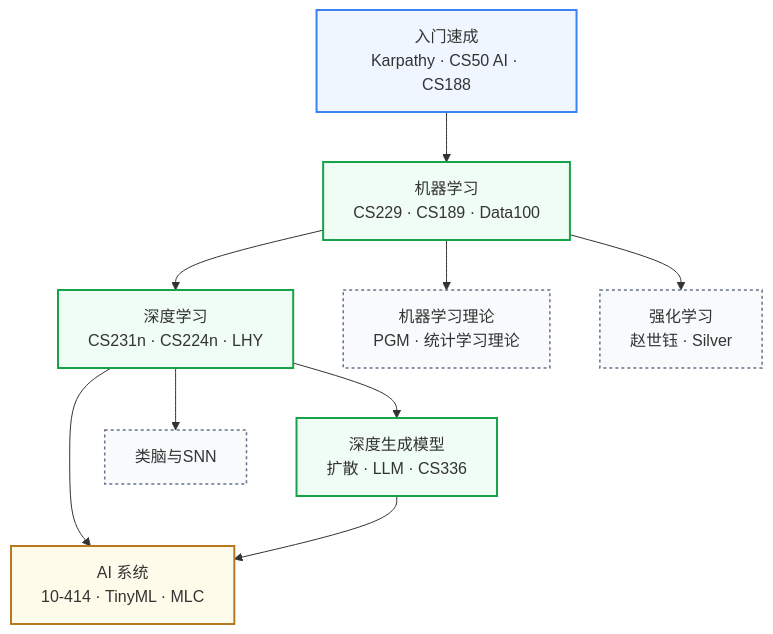
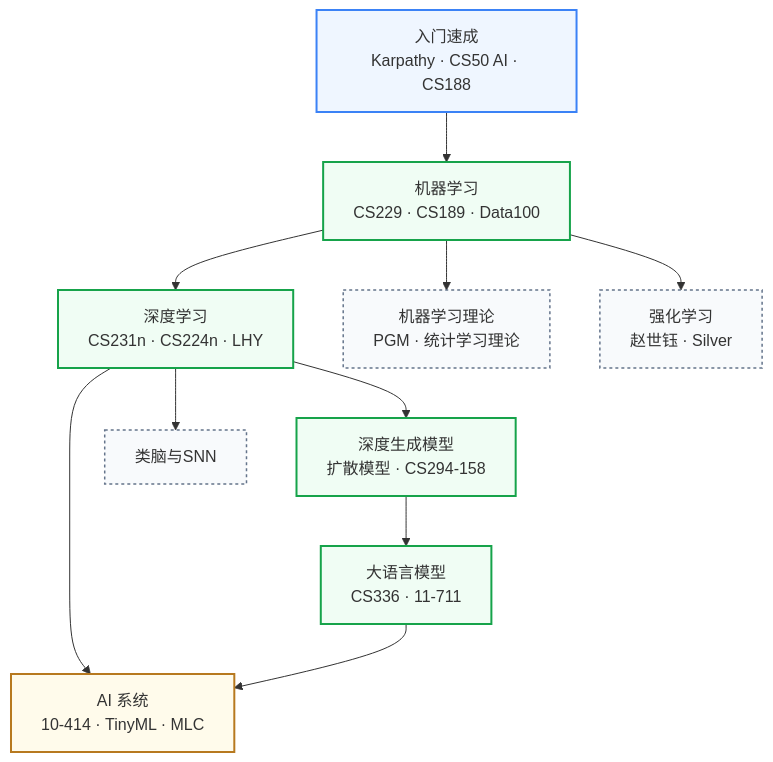
One commit to Crys-Chen/ic-guide changed the diagram in docs/学习地图/人工智能/index.md. Above: the diagram before and after it, drawn with Mermaid. The commit also changed other lines of this file and 15706 other files, not shown here.

First line of the commit message:
重构学习地图目录结构

````diff
--- a/docs/学习地图/人工智能/index.md
+++ b/docs/学习地图/人工智能/index.md
@@ -9,20 +9,21 @@
 ```mermaid
 graph TB
     A["入门速成<br/>Karpathy · CS50 AI · CS188"] --> B["机器学习<br/>CS229 · CS189 · Data100"]
     B --> C["深度学习<br/>CS231n · CS224n · LHY"]
-    C --> D["深度生成模型<br/>扩散 · LLM · CS336"]
+    C --> D["深度生成模型<br/>扩散模型 · CS294-158"]
+    D --> L["大语言模型<br/>CS336 · 11-711"]
     B --> E["机器学习理论<br/>PGM · 统计学习理论"]
     B --> G["强化学习<br/>赵世钰 · Silver"]
     C --> H["类脑与SNN"]
     C --> F["AI 系统<br/>10-414 · TinyML · MLC"]
-    D --> F
+    L --> F
 
     classDef intro fill:#EFF6FF,stroke:#3B82F6,stroke-width:2px
     classDef algo fill:#F0FDF4,stroke:#16A34A,stroke-width:2px
     classDef sys fill:#FFFBEB,stroke:#B7791F,stroke-width:2px
     classDef theory fill:#F8FAFC,stroke:#64748B,stroke-width:1.5px,stroke-dasharray:3 3
     class A intro
-    class B,C,D algo
+    class B,C,D,L algo
     class F sys
     class E,G,H theory
 ```
````
